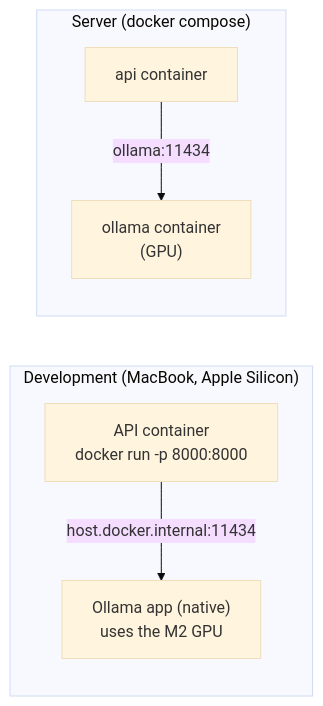
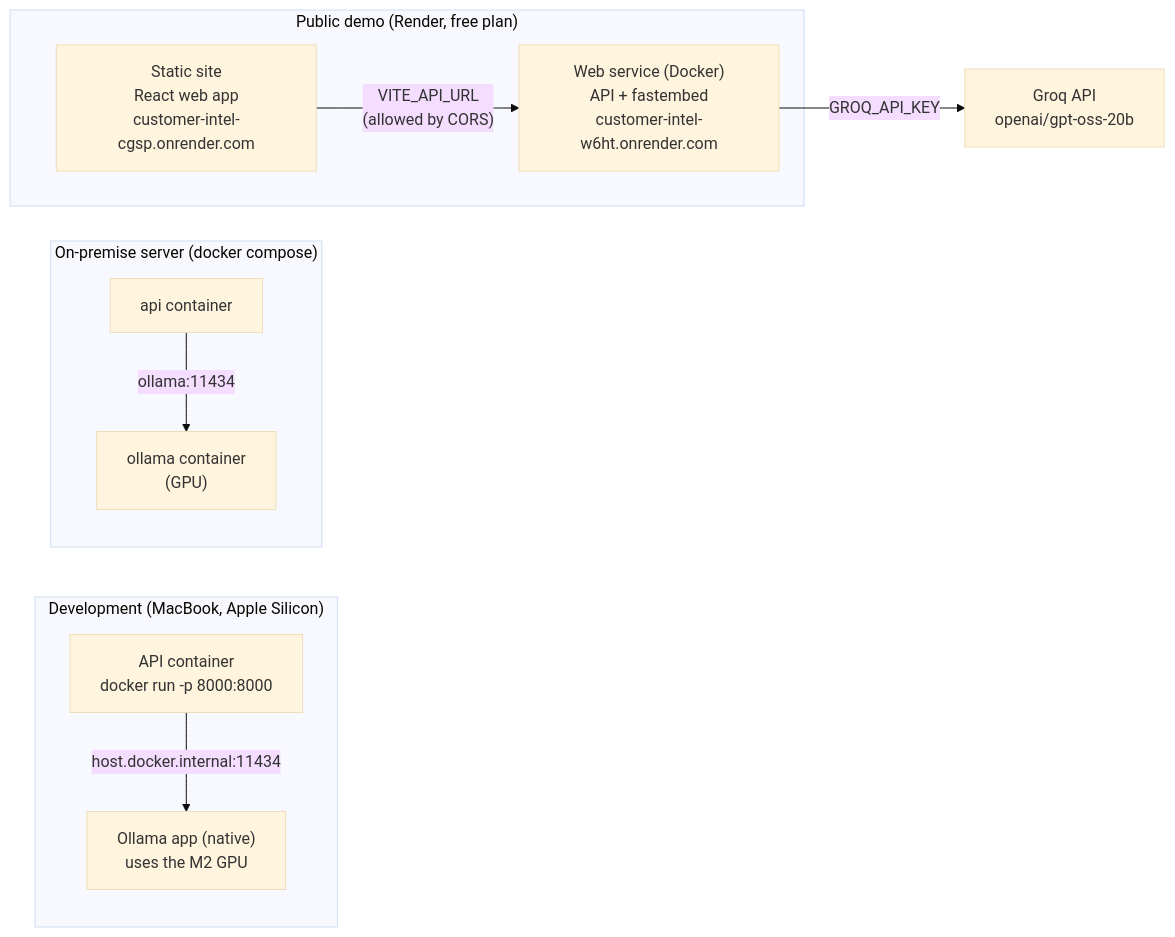
Before and after one commit to ghostm1lk/llm-customer-intelligence: the second of 2 diagrams in docs/architecture.md, drawn with Mermaid (base theme). The commit also changed other lines of this file and 23 other files, not shown here.

````diff
--- a/docs/architecture.md
+++ b/docs/architecture.md
@@ -48,13 +48,19 @@
 ```mermaid
 flowchart LR
     subgraph MAC ["Development (MacBook, Apple Silicon)"]
         O1["Ollama app (native)<br/>uses the M2 GPU"]
         A1["API container<br/>docker run -p 8000:8000"]
         A1 -- "host.docker.internal:11434" --> O1
     end
-    subgraph SRV ["Server (docker compose)"]
+    subgraph SRV ["On-premise server (docker compose)"]
         O2["ollama container<br/>(GPU)"]
         A2["api container"]
         A2 -- "ollama:11434" --> O2
     end
+    subgraph RND ["Public demo (Render, free plan)"]
+        W["Static site<br/>React web app<br/>customer-intel-cgsp.onrender.com"]
+        A3["Web service (Docker)<br/>API + fastembed<br/>customer-intel-w6ht.onrender.com"]
+        W -- "VITE_API_URL<br/>(allowed by CORS)" --> A3
+    end
+    A3 -- "GROQ_API_KEY" --> G["Groq API<br/>openai/gpt-oss-20b"]
 ```
````
